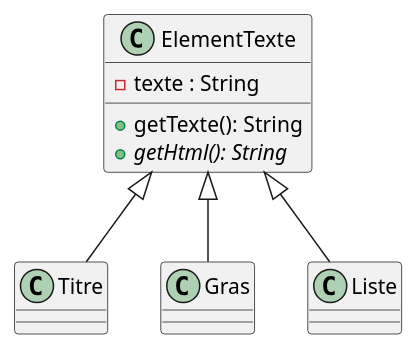
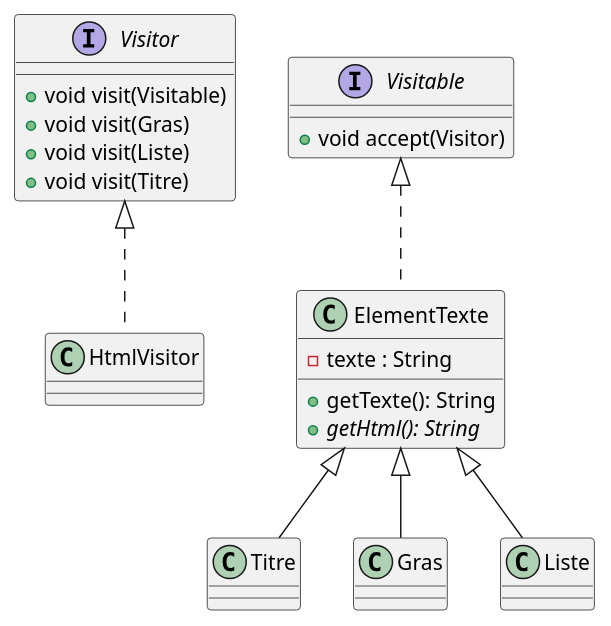
One commit to jandry/design-pattern changed the diagram in src/uml/visitor.puml. Above: the diagram before and after it, drawn with PlantUML. The commit also changed 5 other files, not shown here.

```diff
--- a/src/uml/visitor.puml
+++ b/src/uml/visitor.puml
@@ -1,18 +1,35 @@
 @startuml Visitor
+
+interface Visitor {
+    + void visit(Visitable)
+    + void visit(Gras)
+    + void visit(Liste)
+    + void visit(Titre)
+}
+
+class HtmlVisitor
+
+Visitor <|.. HtmlVisitor
+
+interface Visitable {
+    + void accept(Visitor)
+}
 
 class Titre
 class Gras
 class Liste
 
 class ElementTexte {
     - texte : String
     + getTexte(): String
     + {abstract} getHtml(): String
 }
 
+Visitable <|.. ElementTexte
+
 ElementTexte <|-- Liste
 ElementTexte <|-- Titre
 ElementTexte <|-- Gras
 
 
 @enduml
```
